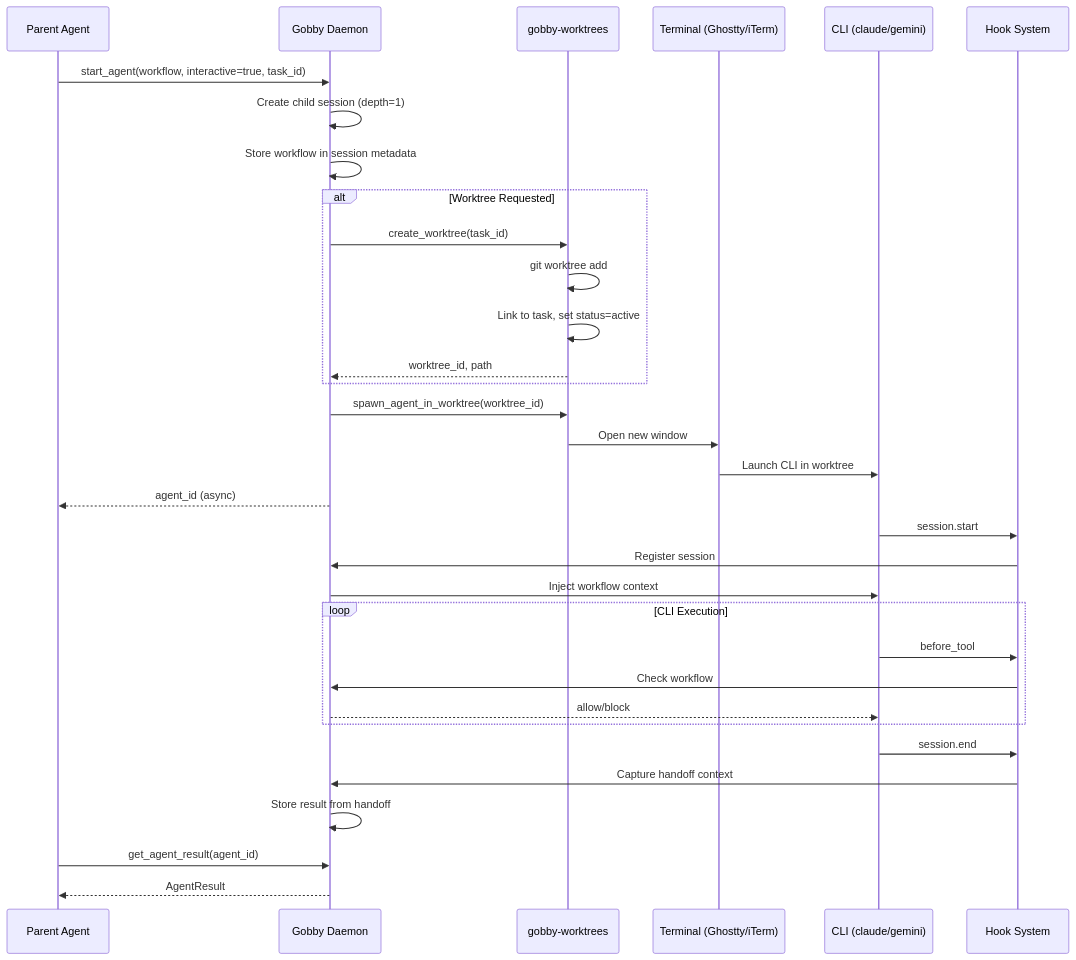
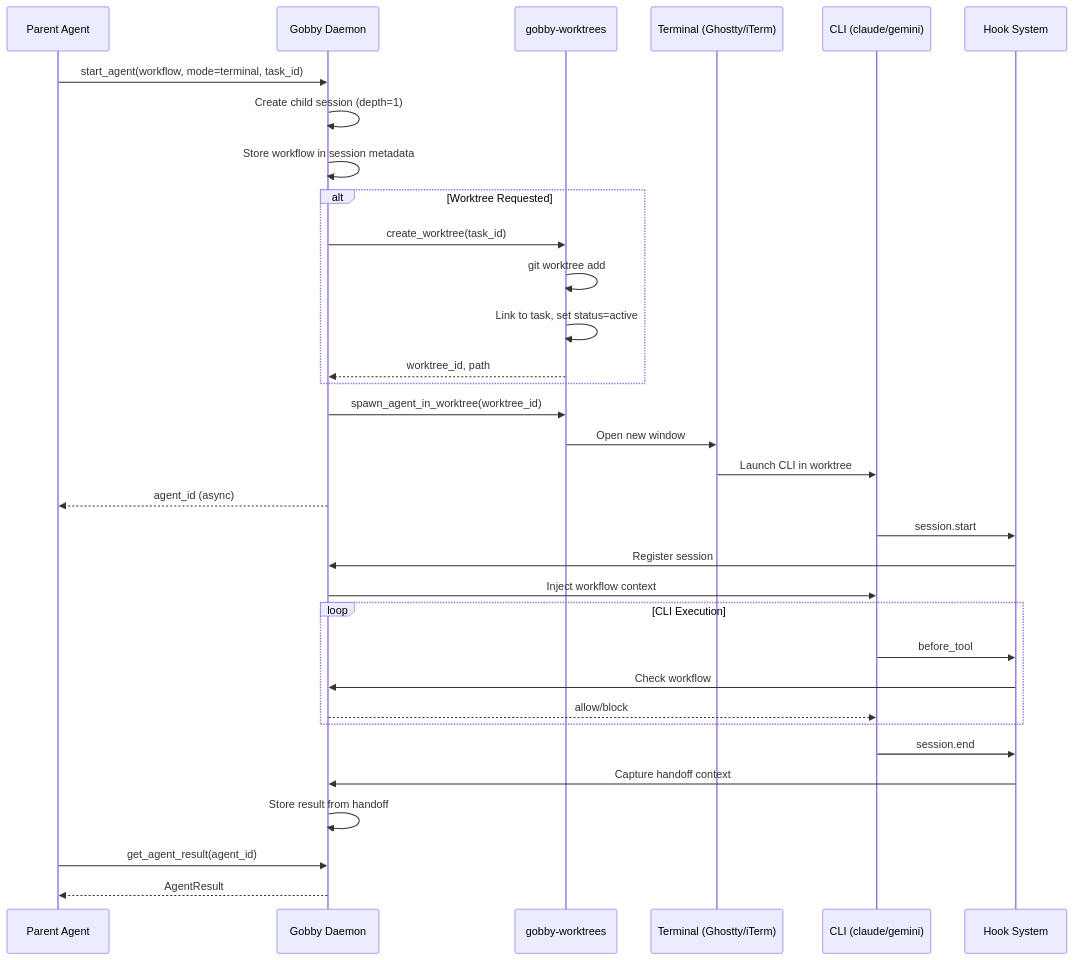
One commit to Zeeeepa/gobby changed the second of 4 diagrams in docs/plans/SUBAGENTS.md. Above: the diagram before and after it, drawn with Mermaid. The commit also changed other lines of this file and 2 other files, not shown here.

First line of the commit message:
[gt-005239] docs: add execution modes and cross-platform terminal support to SUBAGENTS.md

````diff
--- a/docs/plans/SUBAGENTS.md
+++ b/docs/plans/SUBAGENTS.md
@@ -224,42 +246,42 @@
 ```mermaid
 sequenceDiagram
     participant Parent as Parent Agent
     participant Daemon as Gobby Daemon
     participant Worktrees as gobby-worktrees
     participant Terminal as Terminal (Ghostty/iTerm)
     participant CLI as CLI (claude/gemini)
     participant Hooks as Hook System
 
-    Parent->>Daemon: start_agent(workflow, interactive=true, task_id)
+    Parent->>Daemon: start_agent(workflow, mode=terminal, task_id)
     Daemon->>Daemon: Create child session (depth=1)
     Daemon->>Daemon: Store workflow in session metadata
 
     alt Worktree Requested
         Daemon->>Worktrees: create_worktree(task_id)
         Worktrees->>Worktrees: git worktree add
         Worktrees->>Worktrees: Link to task, set status=active
         Worktrees-->>Daemon: worktree_id, path
     end
 
     Daemon->>Worktrees: spawn_agent_in_worktree(worktree_id)
     Worktrees->>Terminal: Open new window
     Terminal->>CLI: Launch CLI in worktree
     Daemon-->>Parent: agent_id (async)
 
     CLI->>Hooks: session.start
     Hooks->>Daemon: Register session
     Daemon->>CLI: Inject workflow context
 
     loop CLI Execution
         CLI->>Hooks: before_tool
         Hooks->>Daemon: Check workflow
         Daemon-->>CLI: allow/block
     end
 
     CLI->>Hooks: session.end
     Hooks->>Daemon: Capture handoff context
     Daemon->>Daemon: Store result from handoff
 
     Parent->>Daemon: get_agent_result(agent_id)
     Daemon-->>Parent: AgentResult
 ```
````
